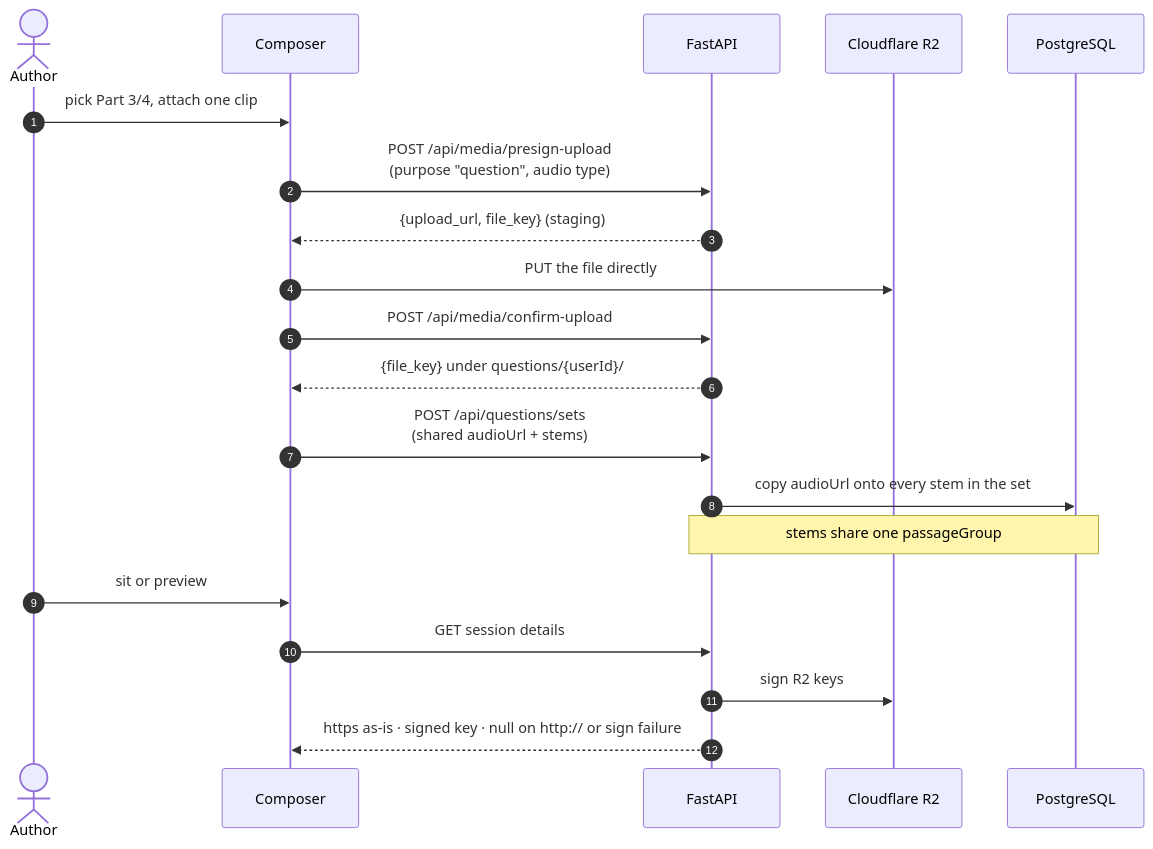
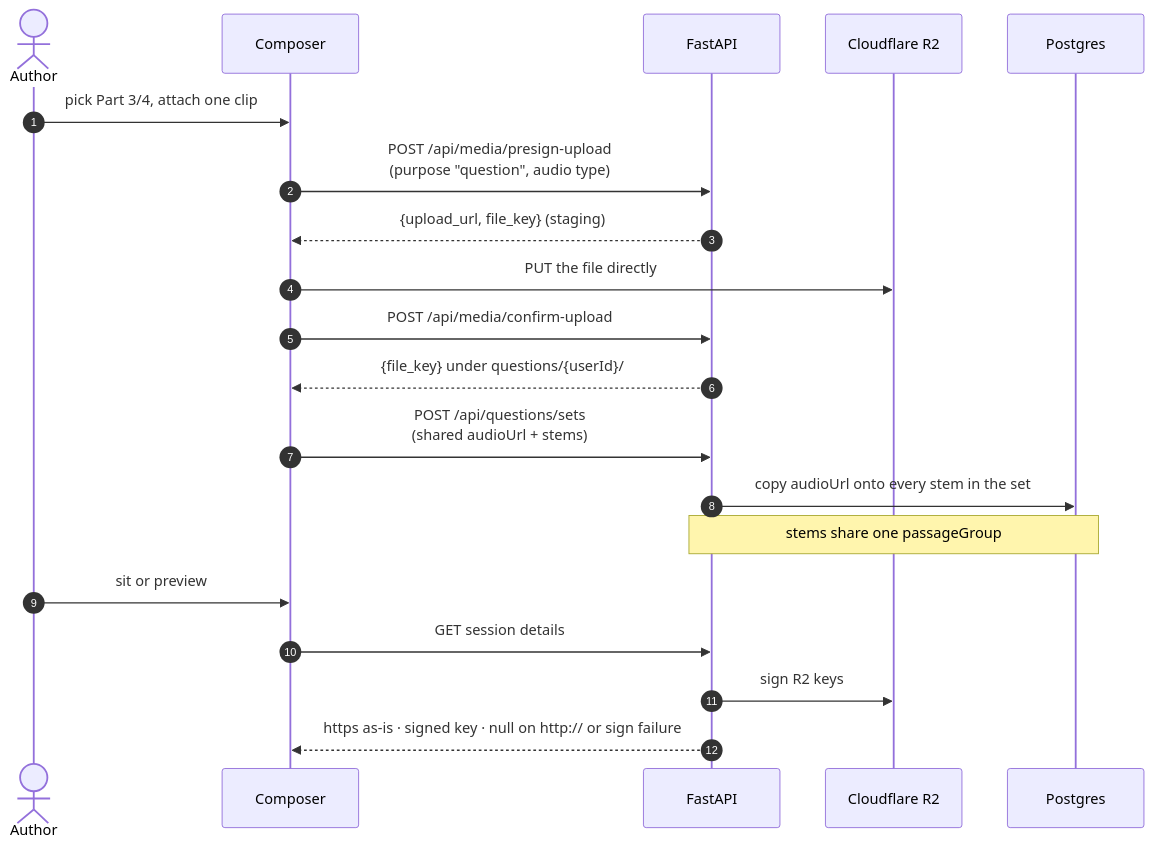
The diagram in docs/lingu-flow/features/toeic-listening.md (newtc22222/technical-documents), drawn with Mermaid before and after one commit. The commit also changed other lines of this file and 32 other files, not shown here.

First line of the commit message:
docs(lingu-flow): sync wiki through v2.2.0

````diff
--- a/docs/lingu-flow/features/toeic-listening.md
+++ b/docs/lingu-flow/features/toeic-listening.md
@@ -102,25 +102,25 @@
 ```mermaid
 sequenceDiagram
     autonumber
     actor Author
     participant UI as Composer
     participant API as FastAPI
     participant R2 as Cloudflare R2
-    participant DB as PostgreSQL
+    participant DB as Postgres
 
     Author->>UI: pick Part 3/4, attach one clip
     UI->>API: POST /api/media/presign-upload<br/>(purpose "question", audio type)
     API-->>UI: {upload_url, file_key} (staging)
     UI->>R2: PUT the file directly
     UI->>API: POST /api/media/confirm-upload
     API-->>UI: {file_key} under questions/{userId}/
 
     UI->>API: POST /api/questions/sets<br/>(shared audioUrl + stems)
     API->>DB: copy audioUrl onto every stem in the set
     Note over API,DB: stems share one passageGroup
 
     Author->>UI: sit or preview
     UI->>API: GET session details
     API->>R2: sign R2 keys
     API-->>UI: https as-is · signed key · null on http:// or sign failure
 ```
````
